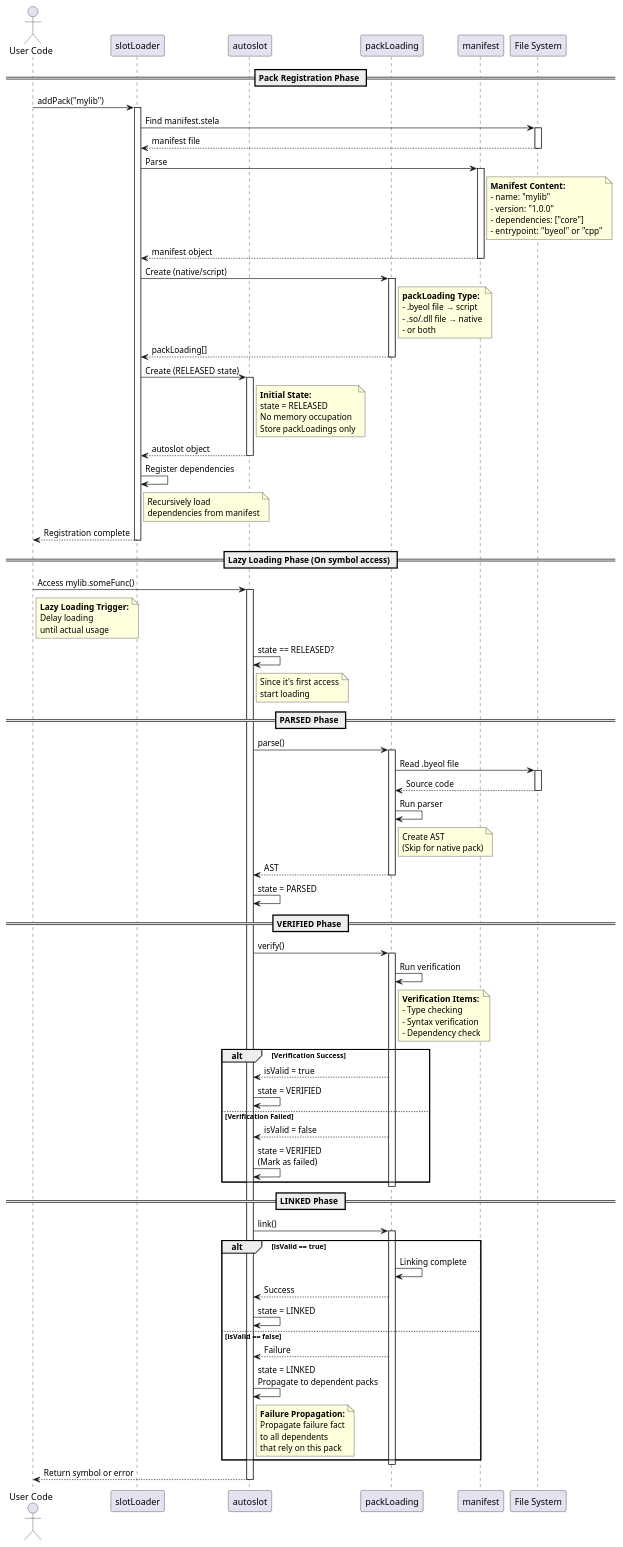
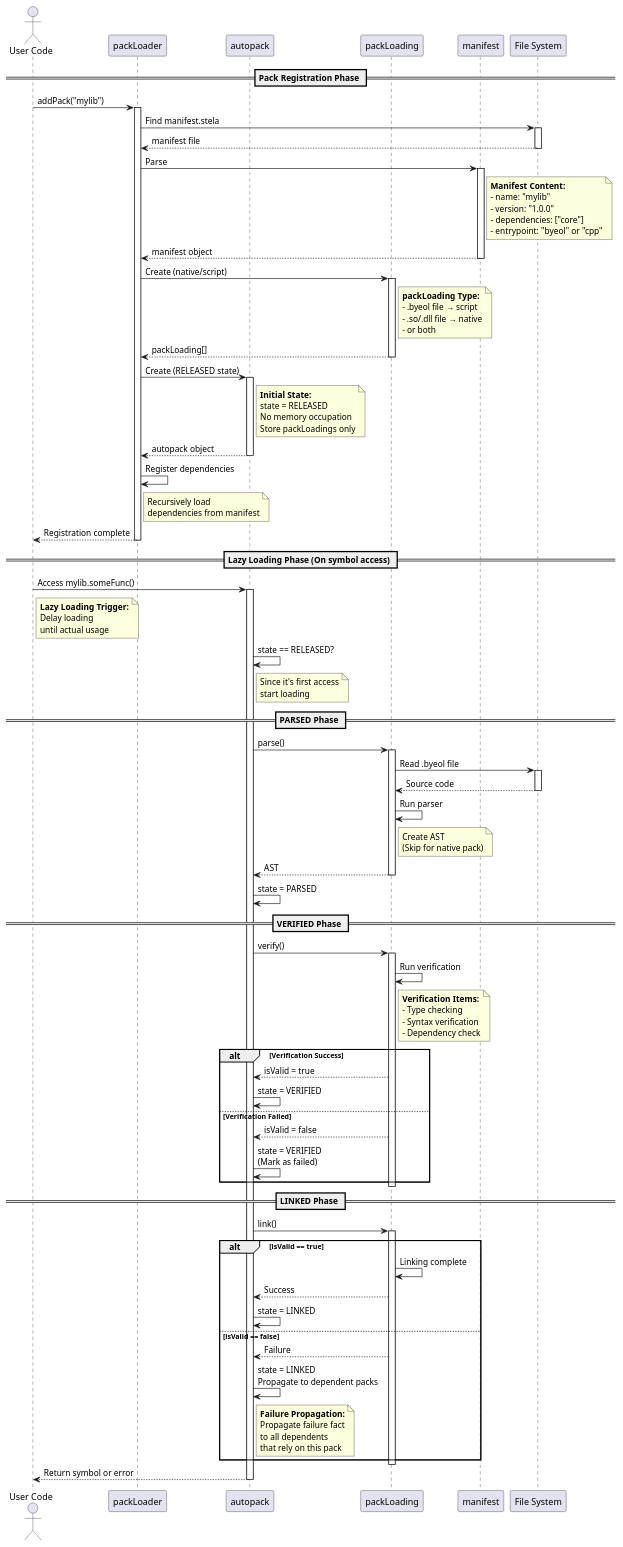
Before and after one commit to byeolang/byeol: diagram 13 of 19 in doc/ref/ko/ak-architecture-core.md, drawn with PlantUML. The commit also changed other lines of this file and 5 other files, not shown here.

```diff
--- a/doc/ref/ko/ak-architecture-core.md
+++ b/doc/ref/ko/ak-architecture-core.md
@@ -2812,7 +2812,7 @@
 @startuml
 actor "User Code" as user
-participant "slotLoader" as loader
-participant "autoslot" as autoslot
+participant "packLoader" as loader
+participant "autopack" as autopack
 participant "packLoading" as packLoading
 participant "manifest" as manifest
 participant "File System" as fs
@@ -2855,18 +2855,18 @@
 packLoading --> loader : packLoading[]
 deactivate packLoading
 
-loader -> autoslot : Create (RELEASED state)
-activate autoslot
+loader -> autopack : Create (RELEASED state)
+activate autopack
 
-note right of autoslot
+note right of autopack
   <b>Initial State:</b>
   state = RELEASED
   No memory occupation
   Store packLoadings only
 end note
 
-autoslot --> loader : autoslot object
-deactivate autoslot
+autopack --> loader : autopack object
+deactivate autopack
 
 loader -> loader : Register dependencies
 note right of loader
@@ -2879,8 +2879,8 @@
 
 == Lazy Loading Phase (On symbol access) ==
 
-user -> autoslot : Access mylib.someFunc()
-activate autoslot
+user -> autopack : Access mylib.someFunc()
+activate autopack
 
 note right of user
   <b>Lazy Loading Trigger:</b>
@@ -2888,15 +2888,15 @@
   until actual usage
 end note
 
-autoslot -> autoslot : state == RELEASED?
-note right of autoslot
+autopack -> autopack : state == RELEASED?
+note right of autopack
   Since it's first access
   start loading
 end note
 
 == PARSED Phase ==
 
-autoslot -> packLoading : parse()
+autopack -> packLoading : parse()
 activate packLoading
 
 packLoading -> fs : Read .byeol file
@@ -2911,14 +2911,14 @@
   (Skip for native pack)
 end note
 
-packLoading --> autoslot : AST
+packLoading --> autopack : AST
 deactivate packLoading
 
-autoslot -> autoslot : state = PARSED
+autopack -> autopack : state = PARSED
 
 == VERIFIED Phase ==
 
-autoslot -> packLoading : verify()
+autopack -> packLoading : verify()
 activate packLoading
 
 packLoading -> packLoading : Run verification
@@ -2931,13 +2931,13 @@
 
 alt Verification Success
 
-    packLoading --> autoslot : isValid = true
-    autoslot -> autoslot : state = VERIFIED
+    packLoading --> autopack : isValid = true
+    autopack -> autopack : state = VERIFIED
 
 else Verification Failed
 
-    packLoading --> autoslot : isValid = false
-    autoslot -> autoslot : state = VERIFIED\n(Mark as failed)
+    packLoading --> autopack : isValid = false
+    autopack -> autopack : state = VERIFIED\n(Mark as failed)
 
 end
 
@@ -2945,23 +2945,23 @@
 
 == LINKED Phase ==
 
-autoslot -> packLoading : link()
+autopack -> packLoading : link()
 activate packLoading
 
 alt isValid == true
 
     packLoading -> packLoading : Linking complete
-    packLoading --> autoslot : Success
+    packLoading --> autopack : Success
 
-    autoslot -> autoslot : state = LINKED
+    autopack -> autopack : state = LINKED
 
 else isValid == false
 
-    packLoading --> autoslot : Failure
+    packLoading --> autopack : Failure
 
-    autoslot -> autoslot : state = LINKED\nPropagate to dependent packs
+    autopack -> autopack : state = LINKED\nPropagate to dependent packs
 
-    note right of autoslot
+    note right of autopack
       <b>Failure Propagation:</b>
       Propagate failure fact
       to all dependents
@@ -2972,6 +2972,6 @@
 
 deactivate packLoading
 
-autoslot --> user : Return symbol or error
-deactivate autoslot
+autopack --> user : Return symbol or error
+deactivate autopack
 @enduml
```
